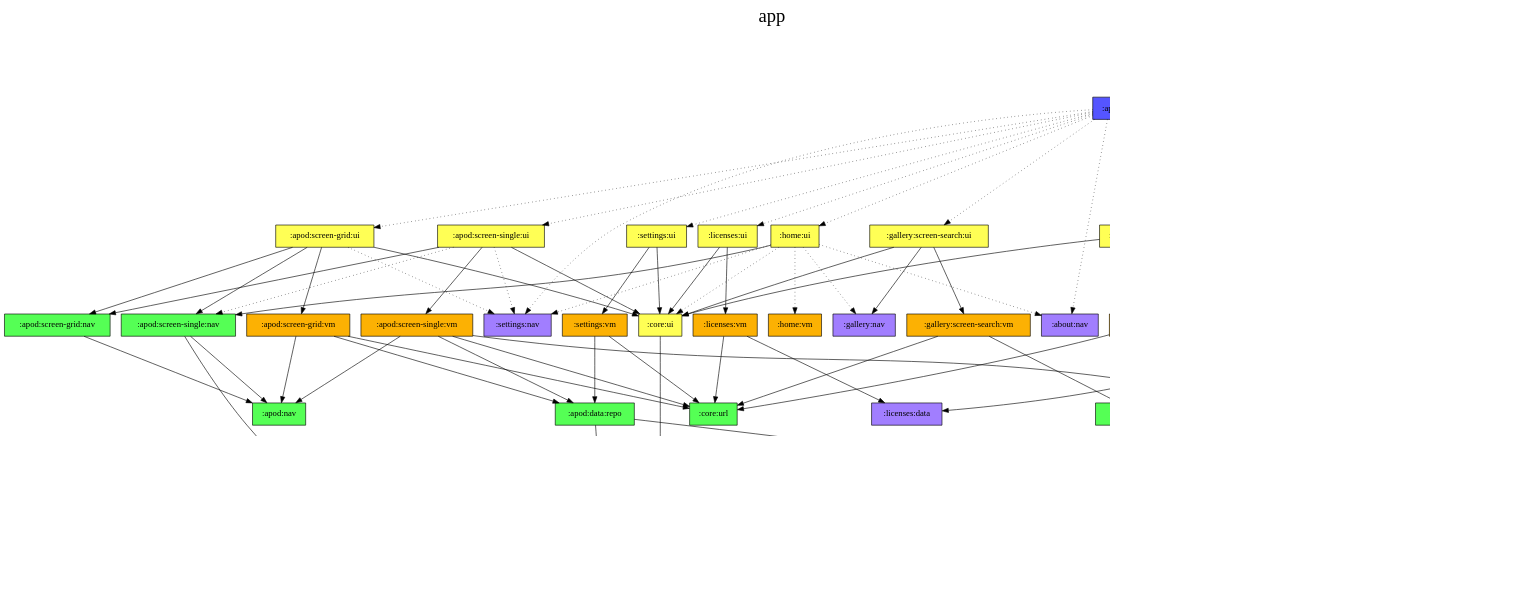
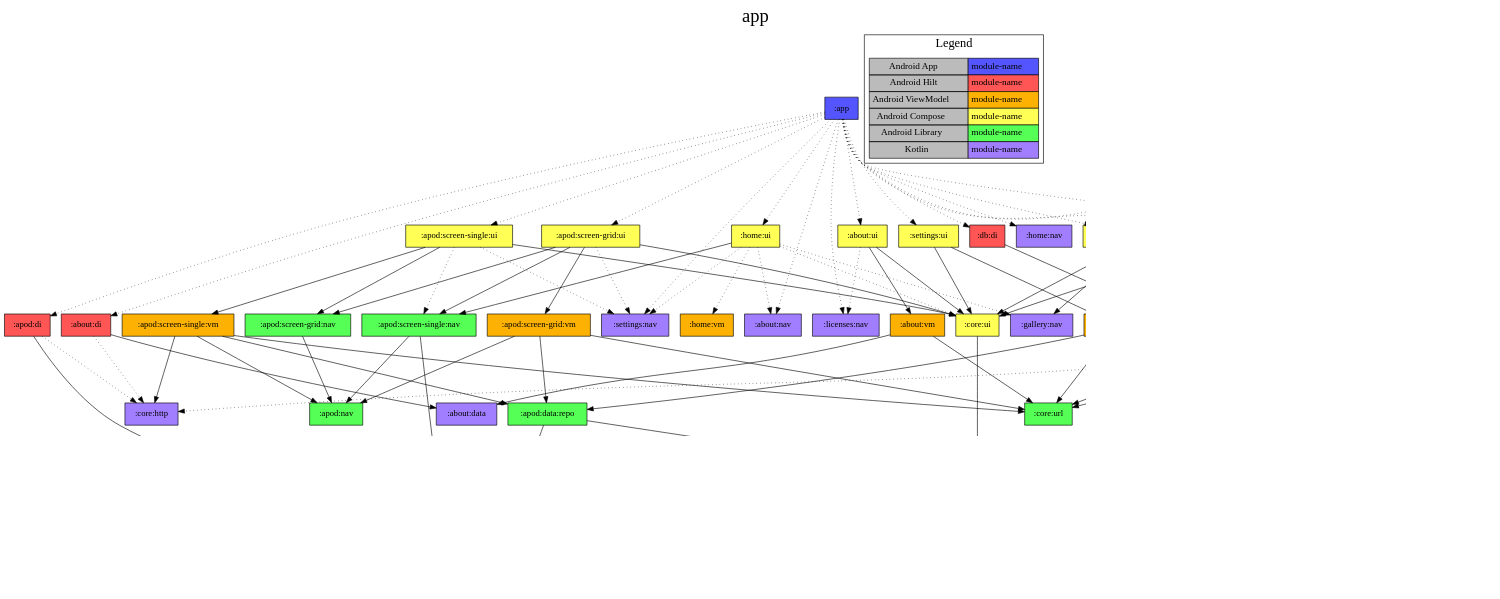
Before and after one commit to jonapoul/nasa-android: the diagram in app/project-dependency-graph.dot, drawn with Graphviz. The commit also changed 57 other files, not shown here.

```diff
--- a/app/project-dependency-graph.dot
+++ b/app/project-dependency-graph.dot
@@ -1,144 +1,149 @@
 digraph {
 edge ["dir"="forward"]
 graph ["dpi"="100","label"="app","labelloc"="t","fontsize"="30","ranksep"="1.5"]
 node ["style"="filled"]
 ":app" ["shape"="box","fillcolor"="#5555FF"]
 ":about:di" ["fillcolor"="#FF5555","shape"="box"]
 ":about:data" ["fillcolor"="#A17EFF","shape"="box"]
 ":core:http" ["fillcolor"="#A17EFF","shape"="box"]
 ":about:nav" ["fillcolor"="#A17EFF","shape"="box"]
 ":about:ui" ["fillcolor"="#FFFF55","shape"="box"]
 ":about:vm" ["fillcolor"="#FCB103","shape"="box"]
 ":core:url" ["fillcolor"="#55FF55","shape"="box"]
 ":core:ui" ["fillcolor"="#FFFF55","shape"="box"]
 ":core:model" ["fillcolor"="#A17EFF","shape"="box"]
 ":licenses:nav" ["fillcolor"="#A17EFF","shape"="box"]
 ":apod:di" ["fillcolor"="#FF5555","shape"="box"]
 ":apod:data:api" ["fillcolor"="#A17EFF","shape"="box"]
 ":apod:model" ["fillcolor"="#A17EFF","shape"="box"]
 ":apod:screen-grid:ui" ["fillcolor"="#FFFF55","shape"="box"]
 ":apod:screen-grid:nav" ["fillcolor"="#55FF55","shape"="box"]
 ":apod:nav" ["fillcolor"="#55FF55","shape"="box"]
 ":apod:screen-grid:vm" ["fillcolor"="#FCB103","shape"="box"]
 ":apod:data:repo" ["fillcolor"="#55FF55","shape"="box"]
-":apod:data:db" ["fillcolor"="#A17EFF","shape"="box"]
+":db:apod" ["fillcolor"="#A17EFF","shape"="box"]
 ":apod:screen-single:nav" ["fillcolor"="#55FF55","shape"="box"]
 ":settings:nav" ["fillcolor"="#A17EFF","shape"="box"]
 ":apod:screen-single:ui" ["fillcolor"="#FFFF55","shape"="box"]
 ":apod:screen-single:vm" ["fillcolor"="#FCB103","shape"="box"]
-":db" ["fillcolor"="#55FF55","shape"="box"]
-":gallery:data:db" ["fillcolor"="#A17EFF","shape"="box"]
+":db:di" ["fillcolor"="#FF5555","shape"="box"]
+":db:impl" ["fillcolor"="#55FF55","shape"="box"]
+":db:api" ["fillcolor"="#A17EFF","shape"="box"]
+":db:gallery" ["fillcolor"="#A17EFF","shape"="box"]
 ":gallery:di" ["fillcolor"="#FF5555","shape"="box"]
 ":gallery:data:api" ["fillcolor"="#A17EFF","shape"="box"]
 ":gallery:model" ["fillcolor"="#A17EFF","shape"="box"]
 ":gallery:screen-search:ui" ["fillcolor"="#FFFF55","shape"="box"]
 ":gallery:nav" ["fillcolor"="#A17EFF","shape"="box"]
 ":gallery:screen-search:vm" ["fillcolor"="#FCB103","shape"="box"]
 ":gallery:data:repo" ["fillcolor"="#55FF55","shape"="box"]
 ":home:nav" ["fillcolor"="#A17EFF","shape"="box"]
 ":home:ui" ["fillcolor"="#FFFF55","shape"="box"]
 ":home:vm" ["fillcolor"="#FCB103","shape"="box"]
 ":licenses:di" ["fillcolor"="#FF5555","shape"="box"]
 ":licenses:data" ["fillcolor"="#A17EFF","shape"="box"]
 ":licenses:ui" ["fillcolor"="#FFFF55","shape"="box"]
 ":licenses:vm" ["fillcolor"="#FCB103","shape"="box"]
 ":settings:ui" ["fillcolor"="#FFFF55","shape"="box"]
 ":settings:vm" ["fillcolor"="#FCB103","shape"="box"]
 {
 edge ["dir"="none"]
 graph ["rank"="same"]
 ":app"
 }
 subgraph "cluster_legend" {
 edge ["dir"="none"]
 graph ["label"="Legend","fontsize"="20"]
 "Legend" ["style"="filled","fillcolor"="#bbbbbb","shape"="none","margin"="0","fontsize"="15","label"=<
 <TABLE BORDER="0" CELLBORDER="1" CELLSPACING="0" CELLPADDING="4">
 <TR><TD>Android App</TD><TD BGCOLOR="#5555FF">module-name</TD></TR>
 <TR><TD>Android Hilt</TD><TD BGCOLOR="#FF5555">module-name</TD></TR>
 <TR><TD>Android ViewModel</TD><TD BGCOLOR="#FCB103">module-name</TD></TR>
 <TR><TD>Android Compose</TD><TD BGCOLOR="#FFFF55">module-name</TD></TR>
 <TR><TD>Android Library</TD><TD BGCOLOR="#55FF55">module-name</TD></TR>
 <TR><TD>Kotlin</TD><TD BGCOLOR="#A17EFF">module-name</TD></TR>
 </TABLE>
 >]
 }
 ":app" -> ":about:di" ["style"="dotted"]
 ":app" -> ":about:nav" ["style"="dotted"]
 ":app" -> ":about:ui" ["style"="dotted"]
 ":app" -> ":apod:di" ["style"="dotted"]
 ":app" -> ":apod:screen-grid:ui" ["style"="dotted"]
 ":app" -> ":apod:screen-single:ui" ["style"="dotted"]
-":app" -> ":db" ["style"="dotted"]
+":app" -> ":db:di" ["style"="dotted"]
 ":app" -> ":gallery:di" ["style"="dotted"]
 ":app" -> ":gallery:screen-search:ui" ["style"="dotted"]
 ":app" -> ":home:nav" ["style"="dotted"]
 ":app" -> ":home:ui" ["style"="dotted"]
 ":app" -> ":licenses:di" ["style"="dotted"]
 ":app" -> ":licenses:nav" ["style"="dotted"]
 ":app" -> ":licenses:ui" ["style"="dotted"]
 ":app" -> ":settings:nav" ["style"="dotted"]
 ":app" -> ":settings:ui" ["style"="dotted"]
 ":about:di" -> ":about:data"
 ":about:di" -> ":core:http" ["style"="dotted"]
 ":about:ui" -> ":about:vm"
 ":about:ui" -> ":core:ui"
 ":about:ui" -> ":licenses:nav" ["style"="dotted"]
 ":about:vm" -> ":about:data"
 ":about:vm" -> ":core:url"
 ":core:ui" -> ":core:model"
 ":apod:di" -> ":apod:data:api"
 ":apod:di" -> ":core:http" ["style"="dotted"]
 ":apod:data:api" -> ":apod:model"
 ":apod:data:api" -> ":core:model"
 ":apod:screen-grid:ui" -> ":apod:screen-grid:nav"
 ":apod:screen-grid:ui" -> ":apod:screen-grid:vm"
 ":apod:screen-grid:ui" -> ":apod:screen-single:nav"
 ":apod:screen-grid:ui" -> ":core:ui"
 ":apod:screen-grid:ui" -> ":settings:nav" ["style"="dotted"]
 ":apod:screen-grid:nav" -> ":apod:nav"
 ":apod:screen-grid:vm" -> ":apod:data:repo"
 ":apod:screen-grid:vm" -> ":apod:nav"
 ":apod:screen-grid:vm" -> ":core:url"
 ":apod:data:repo" -> ":apod:data:api"
-":apod:data:repo" -> ":apod:data:db"
+":apod:data:repo" -> ":db:apod"
 ":apod:screen-single:nav" -> ":apod:model"
 ":apod:screen-single:nav" -> ":apod:nav"
 ":apod:screen-single:ui" -> ":apod:screen-grid:nav"
 ":apod:screen-single:ui" -> ":apod:screen-single:vm"
 ":apod:screen-single:ui" -> ":core:ui"
 ":apod:screen-single:ui" -> ":apod:screen-single:nav" ["style"="dotted"]
 ":apod:screen-single:ui" -> ":settings:nav" ["style"="dotted"]
 ":apod:screen-single:vm" -> ":apod:data:repo"
 ":apod:screen-single:vm" -> ":apod:nav"
 ":apod:screen-single:vm" -> ":core:http"
 ":apod:screen-single:vm" -> ":core:url"
-":db" -> ":apod:data:db"
-":db" -> ":gallery:data:db"
+":db:di" -> ":db:impl"
+":db:impl" -> ":db:apod"
+":db:impl" -> ":db:api"
+":db:impl" -> ":db:gallery"
 ":gallery:di" -> ":gallery:data:api"
 ":gallery:di" -> ":core:http" ["style"="dotted"]
 ":gallery:di" -> ":core:model" ["style"="dotted"]
 ":gallery:data:api" -> ":gallery:model"
 ":gallery:screen-search:ui" -> ":gallery:nav"
 ":gallery:screen-search:ui" -> ":gallery:screen-search:vm"
 ":gallery:screen-search:ui" -> ":core:ui"
 ":gallery:screen-search:vm" -> ":gallery:data:repo"
 ":gallery:screen-search:vm" -> ":core:url"
 ":gallery:data:repo" -> ":gallery:data:api"
-":gallery:data:repo" -> ":gallery:data:db"
+":gallery:data:repo" -> ":db:gallery"
 ":home:ui" -> ":apod:screen-single:nav"
 ":home:ui" -> ":about:nav" ["style"="dotted"]
 ":home:ui" -> ":core:ui" ["style"="dotted"]
 ":home:ui" -> ":gallery:nav" ["style"="dotted"]
 ":home:ui" -> ":home:vm" ["style"="dotted"]
 ":home:ui" -> ":settings:nav" ["style"="dotted"]
 ":licenses:di" -> ":licenses:data"
 ":licenses:ui" -> ":core:ui"
 ":licenses:ui" -> ":licenses:vm"
 ":licenses:vm" -> ":core:url"
 ":licenses:vm" -> ":licenses:data"
 ":settings:ui" -> ":core:ui"
 ":settings:ui" -> ":settings:vm"
 ":settings:vm" -> ":core:url"
 ":settings:vm" -> ":apod:data:repo"
+":settings:vm" -> ":db:api"
 }
```
